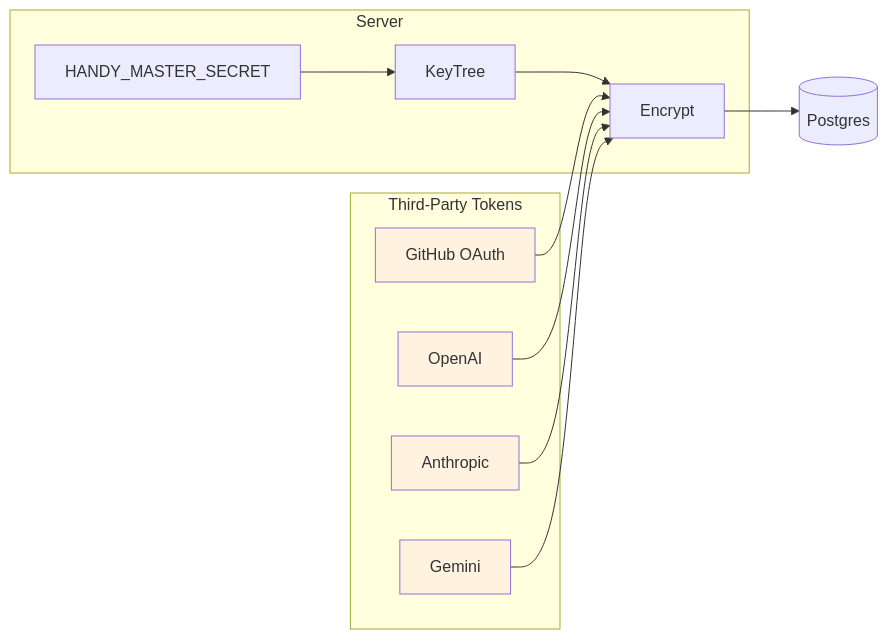
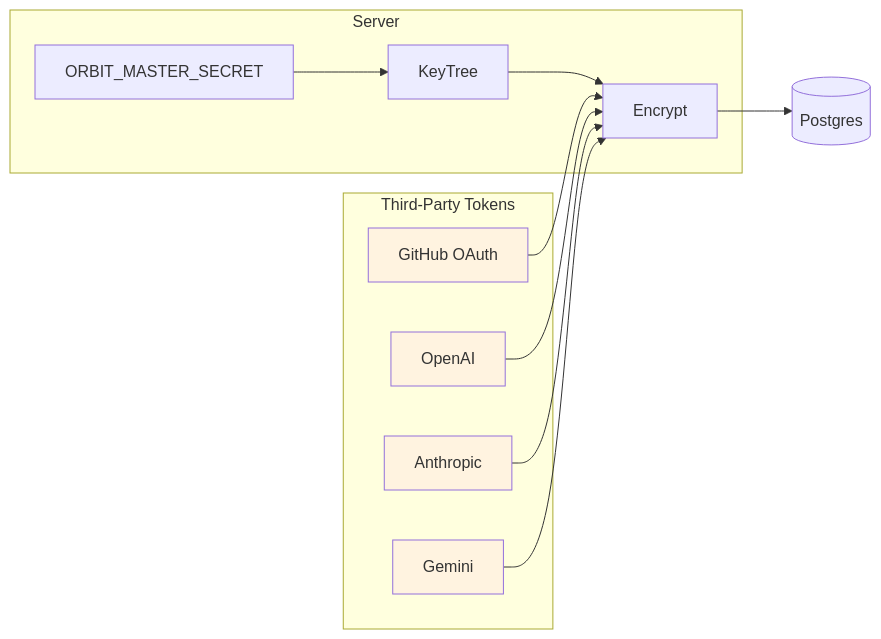
One commit to wwq20030329-oss/orbit changed diagram 11 of 12 in docs/encryption.md. Above: the diagram before and after it, drawn with Mermaid. The commit also changed other lines of this file and 116 other files, not shown here.

````diff
--- a/docs/encryption.md
+++ b/docs/encryption.md
@@ -488,25 +488,25 @@
 ```mermaid
 graph LR
     subgraph "Third-Party Tokens"
         GH[GitHub OAuth]
         OAI[OpenAI]
         ANT[Anthropic]
         GEM[Gemini]
     end
 
     subgraph "Server"
-        Secret[HANDY_MASTER_SECRET]
+        Secret[ORBIT_MASTER_SECRET]
         KeyTree[KeyTree]
         Encrypt[Encrypt]
     end
 
     DB[(Postgres)]
 
     Secret --> KeyTree --> Encrypt
     GH & OAI & ANT & GEM --> Encrypt --> DB
 
     style GH fill:#fff3e0
     style OAI fill:#fff3e0
     style ANT fill:#fff3e0
     style GEM fill:#fff3e0
 ```
````
